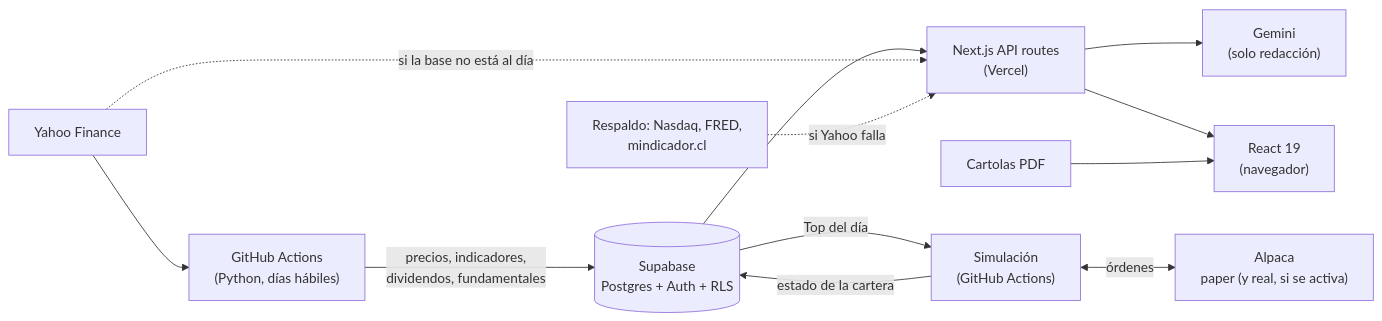
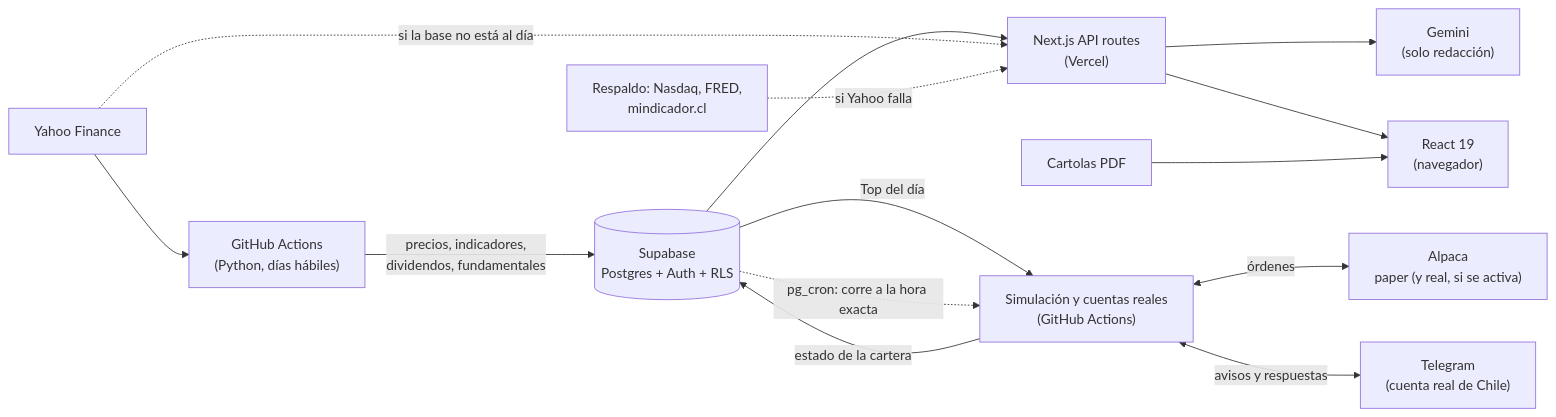
Before and after one commit to SRodriguez-Data/OmniCapital: the diagram in README.md, drawn with Mermaid. The commit also changed other lines of this file and 12 other files, not shown here.

First line of the commit message:
Alert the Chilean real account's orders by Telegram, and let real accounts trade on any run

````diff
--- a/README.md
+++ b/README.md
@@ -31,14 +32,16 @@
 ```mermaid
 flowchart LR
   GA["GitHub Actions<br/>(Python, días hábiles)"] -->|precios, indicadores,<br/>dividendos, fundamentales| DB[("Supabase<br/>Postgres + Auth + RLS")]
   Y["Yahoo Finance"] --> GA
   DB --> API["Next.js API routes<br/>(Vercel)"]
   Y -. "si la base no está al día" .-> API
   R["Respaldo: Nasdaq, FRED,<br/>mindicador.cl"] -. "si Yahoo falla" .-> API
   API --> IA["Gemini<br/>(solo redacción)"]
   API --> UI["React 19<br/>(navegador)"]
   PDF["Cartolas PDF"] --> UI
-  DB -->|Top del día| PT["Simulación<br/>(GitHub Actions)"]
+  DB -->|Top del día| PT["Simulación y cuentas reales<br/>(GitHub Actions)"]
   PT <-->|órdenes| AL["Alpaca<br/>paper (y real, si se activa)"]
+  PT <-->|avisos y respuestas| TG["Telegram<br/>(cuenta real de Chile)"]
   PT -->|estado de la cartera| DB
+  DB -.->|pg_cron: corre a la hora exacta| PT
 ```
````
